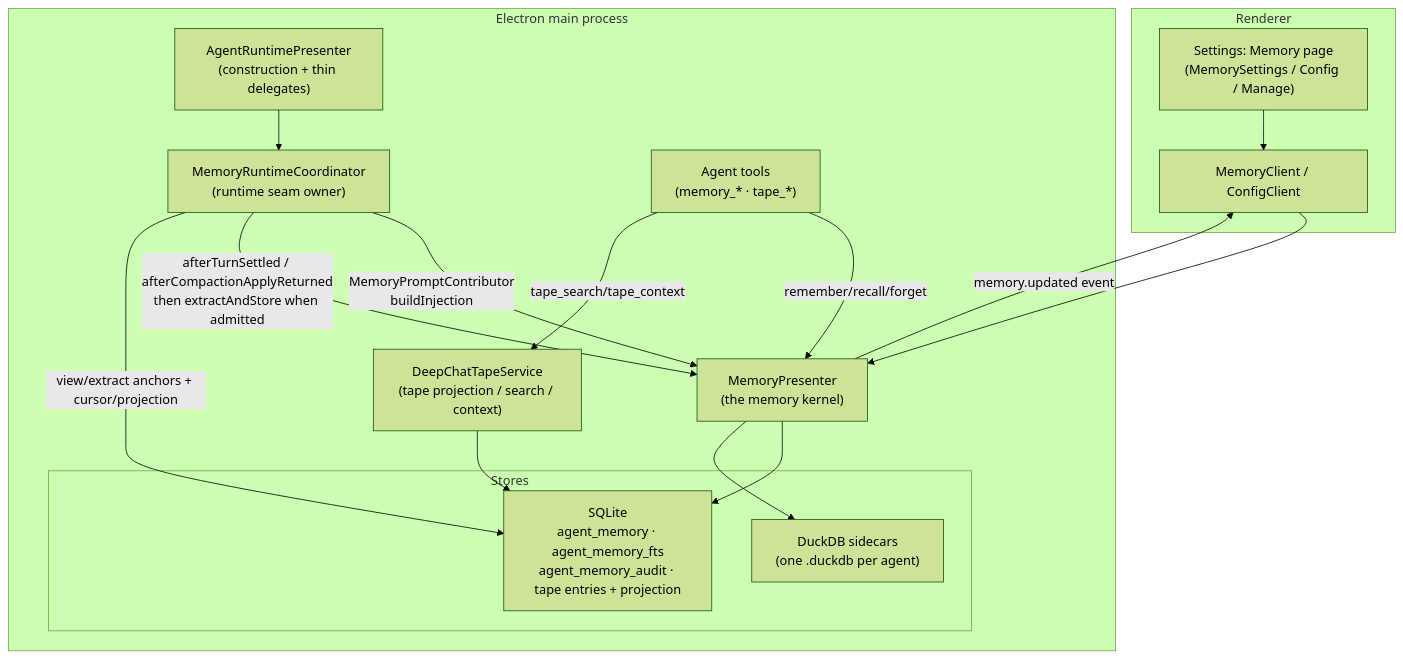
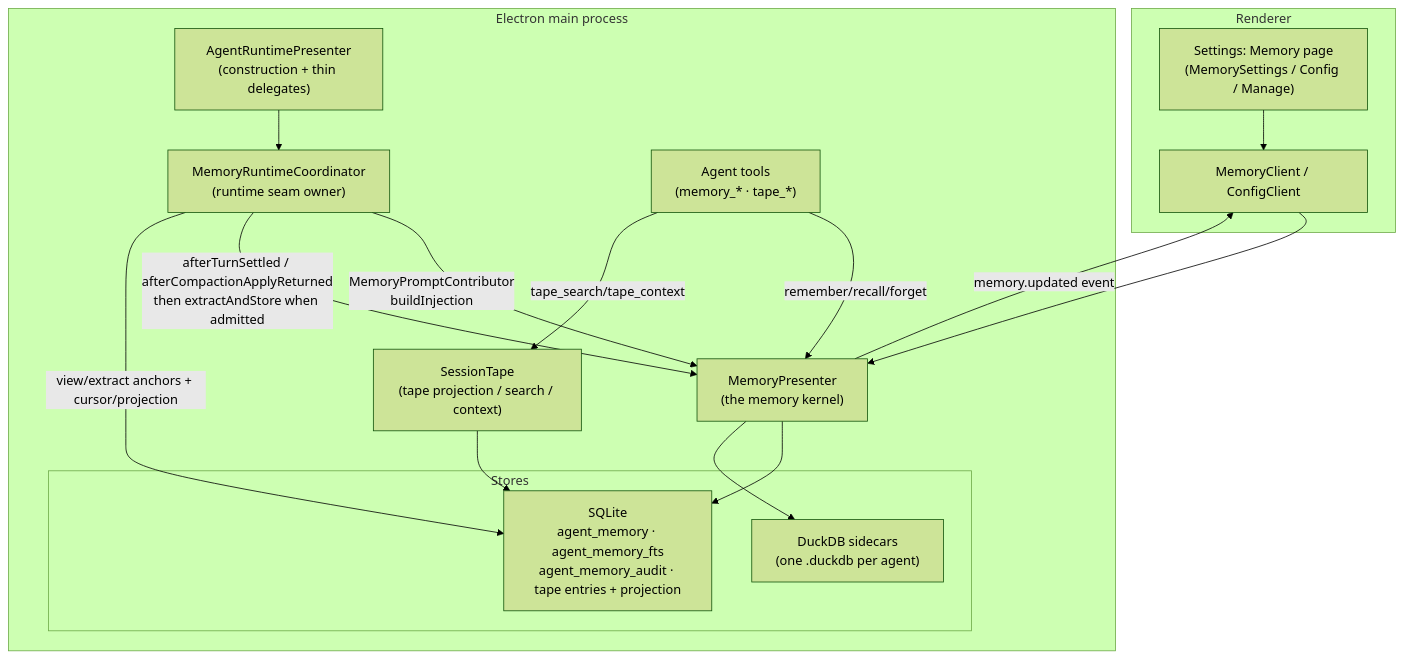
One commit to ThinkInAIXYZ/deepchat changed the first of 6 diagrams in docs/architecture/agent-memory-system/spec.md. Above: the diagram before and after it, drawn with Mermaid (forest theme). The commit also changed other lines of this file and 59 other files, not shown here.

````diff
--- a/docs/architecture/agent-memory-system/spec.md
+++ b/docs/architecture/agent-memory-system/spec.md
@@ -67,29 +67,29 @@
 ```mermaid
 flowchart TD
   subgraph Renderer
     UI["Settings: Memory page<br/>(MemorySettings / Config / Manage)"]
     MC["MemoryClient / ConfigClient"]
   end
   subgraph Main["Electron main process"]
     ARP["AgentRuntimePresenter<br/>(construction + thin delegates)"]
     RC["MemoryRuntimeCoordinator<br/>(runtime seam owner)"]
     MEM["MemoryPresenter<br/>(the memory kernel)"]
-    TAPE["DeepChatTapeService<br/>(tape projection / search / context)"]
+    TAPE["SessionTape<br/>(tape projection / search / context)"]
     TOOLS["Agent tools<br/>(memory_* · tape_*)"]
     subgraph Stores
       SQL["SQLite<br/>agent_memory · agent_memory_fts<br/>agent_memory_audit · tape entries + projection"]
       DUCK["DuckDB sidecars<br/>(one .duckdb per agent)"]
     end
   end
   UI --> MC --> MEM
   ARP --> RC
   RC -->|MemoryPromptContributor<br/>buildInjection| MEM
   RC -->|afterTurnSettled / afterCompactionApplyReturned<br/>then extractAndStore when admitted| MEM
   RC -->|view/extract anchors + cursor/projection| SQL
   TOOLS -->|remember/recall/forget| MEM
   TOOLS -->|tape_search/tape_context| TAPE
   MEM --> SQL
   MEM --> DUCK
   TAPE --> SQL
   MEM -->|memory.updated event| MC
 ```
````
